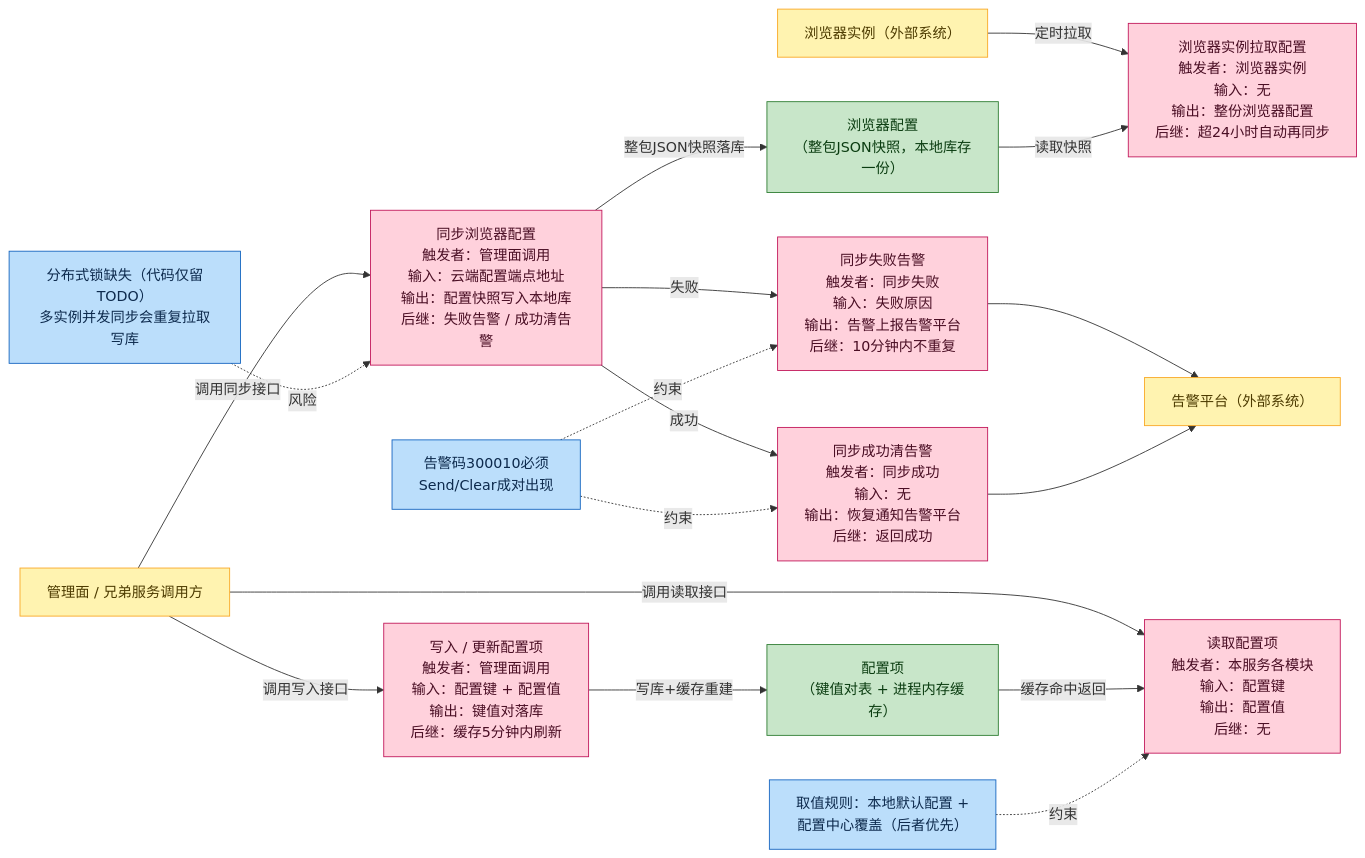
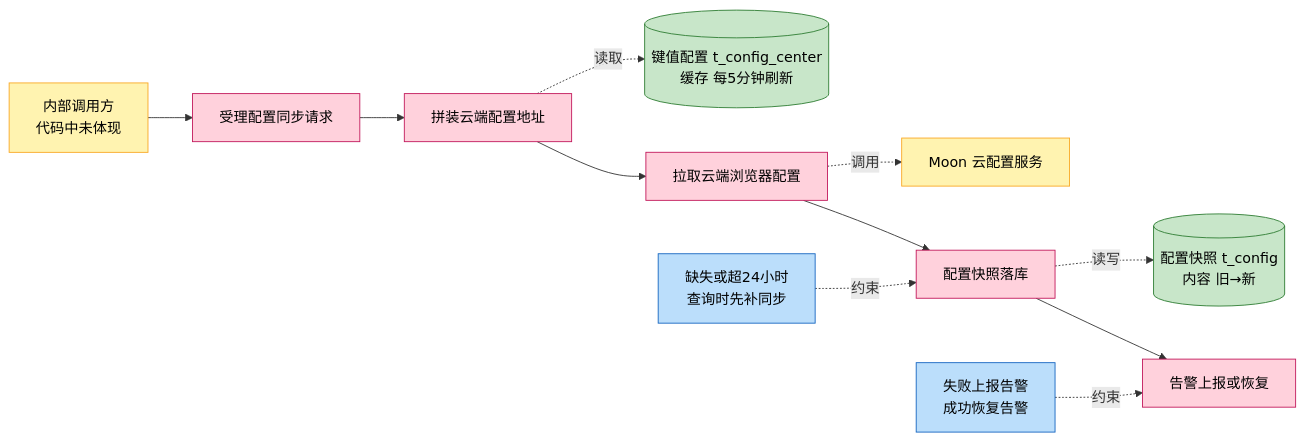
Before and after one commit to CoreGeekASTL/AIAction: the first of 5 diagrams in docs/story/feature-config-manage.md, drawn with Mermaid. The commit also changed other lines of this file and 6 other files, not shown here.

````diff
--- a/docs/story/feature-config-manage.md
+++ b/docs/story/feature-config-manage.md
@@ -10,42 +14,26 @@
 ```mermaid
 flowchart LR
-    classDef mi fill:#ffd1dc,stroke:#c2185b,color:#4a0e24
-    classDef role fill:#fff3b0,stroke:#f9a825,color:#4d3b00
-    classDef ppt fill:#c8e6c9,stroke:#2e7d32,color:#0b3d11
-    classDef desc fill:#bbdefb,stroke:#1565c0,color:#0d2a4d
+  classDef mi fill:#ffd1dc,stroke:#c2185b,color:#000
+  classDef role fill:#fff3b0,stroke:#f9a825,color:#000
+  classDef ppt fill:#c8e6c9,stroke:#2e7d32,color:#000
+  classDef desc fill:#bbdefb,stroke:#1565c0,color:#000
 
-    Admin["管理面 / 兄弟服务调用方"]:::role
-    Browser["浏览器实例（外部系统）"]:::role
-    Alarm["告警平台（外部系统）"]:::role
+  Caller[内部调用方<br/>代码中未体现]:::role
+  Moon[Moon 云配置服务]:::role
+  E1[受理配置同步请求]:::mi
+  E2[拼装云端配置地址]:::mi
+  E3[拉取云端浏览器配置]:::mi
+  E4[配置快照落库]:::mi
+  E5[告警上报或恢复]:::mi
+  Data[(配置快照 t_config<br/>内容 旧→新)]:::ppt
+  KV[(键值配置 t_config_center<br/>缓存 每5分钟刷新)]:::ppt
+  R1[失败上报告警<br/>成功恢复告警]:::desc
+  R2[缺失或超24小时<br/>查询时先补同步]:::desc
 
-    E1["同步浏览器配置<br/>触发者：管理面调用<br/>输入：云端配置端点地址<br/>输出：配置快照写入本地库<br/>后继：失败告警 / 成功清告警"]:::mi
-    E2["浏览器实例拉取配置<br/>触发者：浏览器实例<br/>输入：无<br/>输出：整份浏览器配置<br/>后继：超24小时自动再同步"]:::mi
-    E3["同步失败告警<br/>触发者：同步失败<br/>输入：失败原因<br/>输出：告警上报告警平台<br/>后继：10分钟内不重复"]:::mi
-    E4["同步成功清告警<br/>触发者：同步成功<br/>输入：无<br/>输出：恢复通知告警平台<br/>后继：返回成功"]:::mi
-    E5["写入 / 更新配置项<br/>触发者：管理面调用<br/>输入：配置键 + 配置值<br/>输出：键值对落库<br/>后继：缓存5分钟内刷新"]:::mi
-    E6["读取配置项<br/>触发者：本服务各模块<br/>输入：配置键<br/>输出：配置值<br/>后继：无"]:::mi
-
-    CFG["浏览器配置<br/>（整包JSON快照，本地库存一份）"]:::ppt
-    CC["配置项<br/>（键值对表 + 进程内存缓存）"]:::ppt
-
-    R1["取值规则：本地默认配置 +<br/>配置中心覆盖（后者优先）"]:::desc
-    R2["告警码300010必须<br/>Send/Clear成对出现"]:::desc
-    R3["分布式锁缺失（代码仅留TODO）<br/>多实例并发同步会重复拉取写库"]:::desc
-
-    Admin -->|调用同步接口| E1
-    E1 -->|整包JSON快照落库| CFG
-    E1 -->|失败| E3
-    E1 -->|成功| E4
-    E3 --> Alarm
-    E4 --> Alarm
-    Browser -->|定时拉取| E2
-    CFG -->|读取快照| E2
-    Admin -->|调用写入接口| E5
-    E5 -->|写库+缓存重建| CC
-    Admin -->|调用读取接口| E6
-    CC -->|缓存命中返回| E6
-    R1 -.约束.-> E6
-    R2 -.约束.-> E3
-    R2 -.约束.-> E4
-    R3 -.风险.-> E1
+  Caller --> E1 --> E2 --> E3 --> E4 --> E5
+  E2 -.读取.-> KV
+  E3 -.调用.-> Moon
+  E4 -.读写.-> Data
+  R1 -.约束.-> E5
+  R2 -.约束.-> E4
 ```
````
